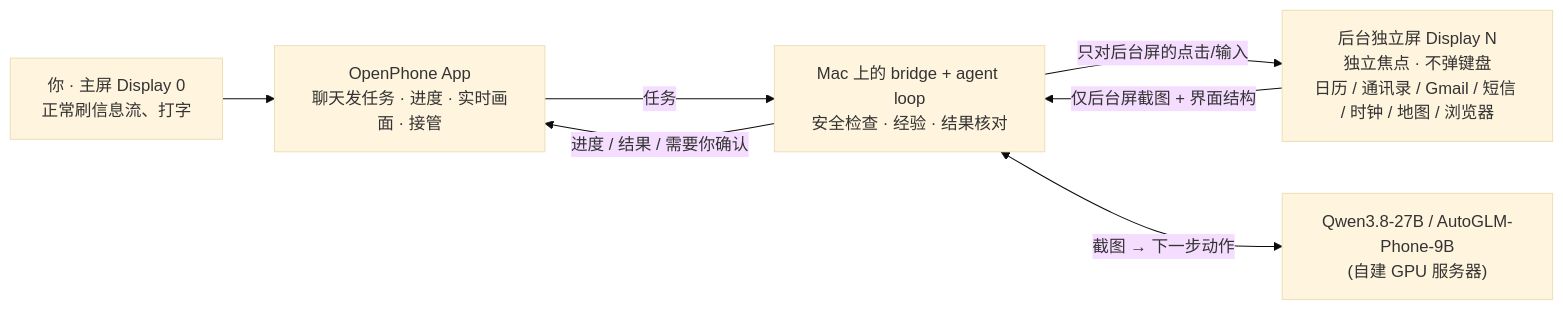
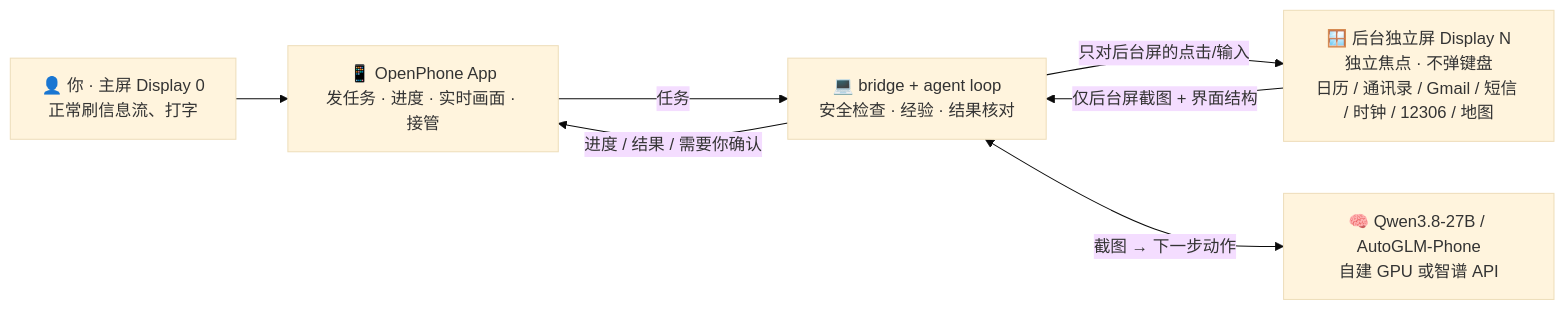
Before and after one commit to JaveyBae/openphone-agent: the diagram in README.md, drawn with Mermaid (base theme). The commit also changed other lines of this file, not shown here.

Commit message:
docs: restyle the README and add the Zhipu AutoGLM-Phone result

````diff
--- a/README.md
+++ b/README.md
@@ -13,9 +116,9 @@
 ```mermaid
 flowchart LR
-    U["你 · 主屏 Display 0<br/>正常刷信息流、打字"] --> A["OpenPhone App<br/>聊天发任务 · 进度 · 实时画面 · 接管"]
-    A -->|任务| B["Mac 上的 bridge + agent loop<br/>安全检查 · 经验 · 结果核对"]
-    B -->|只对后台屏的点击/输入| V["后台独立屏 Display N<br/>独立焦点 · 不弹键盘<br/>日历 / 通讯录 / Gmail / 短信 / 时钟 / 地图 / 浏览器"]
+    U["👤 你 · 主屏 Display 0<br/>正常刷信息流、打字"] --> A["📱 OpenPhone App<br/>发任务 · 进度 · 实时画面 · 接管"]
+    A -->|任务| B["💻 bridge + agent loop<br/>安全检查 · 经验 · 结果核对"]
+    B -->|只对后台屏的点击/输入| V["🪟 后台独立屏 Display N<br/>独立焦点 · 不弹键盘<br/>日历 / 通讯录 / Gmail / 短信 / 时钟 / 12306 / 地图"]
     V -->|仅后台屏截图 + 界面结构| B
-    B <-->|截图 → 下一步动作| M["Qwen3.8-27B / AutoGLM-Phone-9B<br/>(自建 GPU 服务器)"]
+    B <-->|截图 → 下一步动作| M["🧠 Qwen3.8-27B / AutoGLM-Phone<br/>自建 GPU 或智谱 API"]
     B -->|进度 / 结果 / 需要你确认| A
 ```
````
